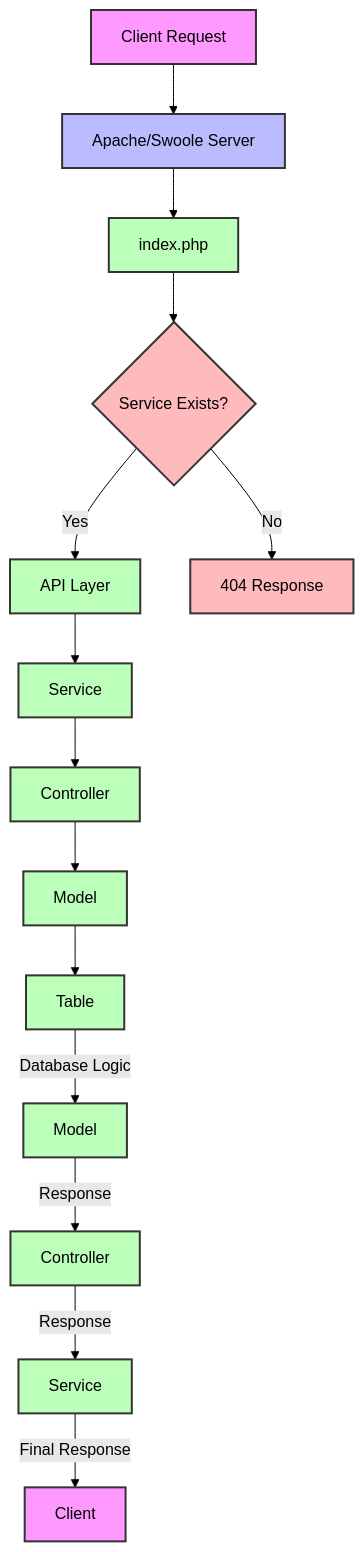
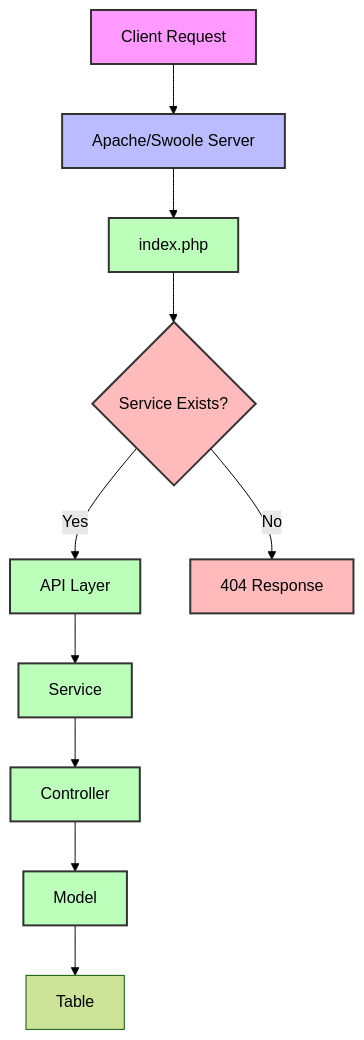
One commit to secure73/gemvc changed the diagram in README.md. Above: the diagram before and after it, drawn with Mermaid (forest theme). The commit also changed other lines of this file, not shown here.

````diff
--- a/README.md
+++ b/README.md
@@ -34,31 +34,22 @@
 ```mermaid
 graph TD
     A[Client Request] --> B[Apache/Swoole Server]
     B --> C[index.php]
     C --> D{Service Exists?}
     D -->|Yes| E[API Layer]
     D -->|No| F[404 Response]
     E --> G[Service]
     G --> H[Controller]
     H --> I[Model]
     I --> J[Table]
-    J -->|Database Logic| K[Model]
-    K -->|Response| L[Controller]
-    L -->|Response| M[Service]
-    M -->|Final Response| N[Client]
     
     style A fill:#f9f,stroke:#333,stroke-width:2px
     style B fill:#bbf,stroke:#333,stroke-width:2px
     style C fill:#bfb,stroke:#333,stroke-width:2px
     style D fill:#fbb,stroke:#333,stroke-width:2px
     style E fill:#bfb,stroke:#333,stroke-width:2px
     style F fill:#fbb,stroke:#333,stroke-width:2px
     style G fill:#bfb,stroke:#333,stroke-width:2px
     style H fill:#bfb,stroke:#333,stroke-width:2px
     style I fill:#bfb,stroke:#333,stroke-width:2px
-    style J fill:#bfb,stroke:#333,stroke-width:2px
-    style K fill:#bfb,stroke:#333,stroke-width:2px
-    style L fill:#bfb,stroke:#333,stroke-width:2px
-    style M fill:#bfb,stroke:#333,stroke-width:2px
-    style N fill:#f9f,stroke:#333,stroke-width:2px
 ```
````
